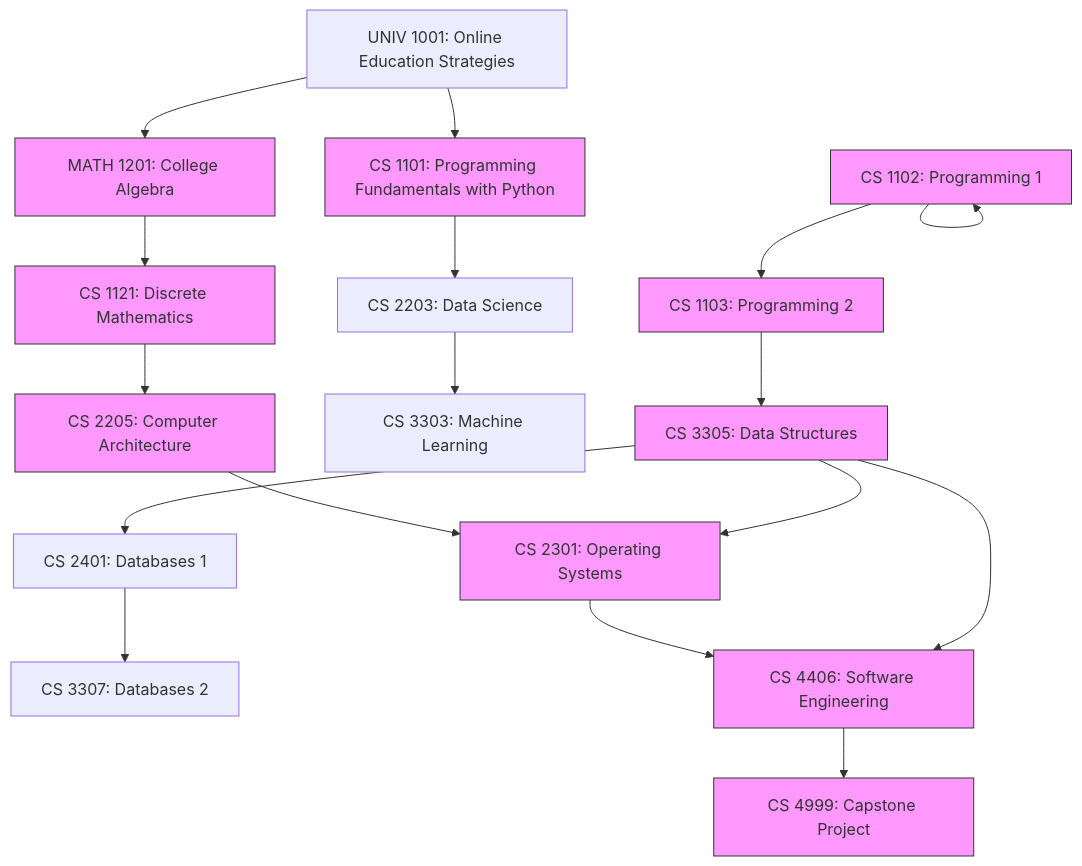
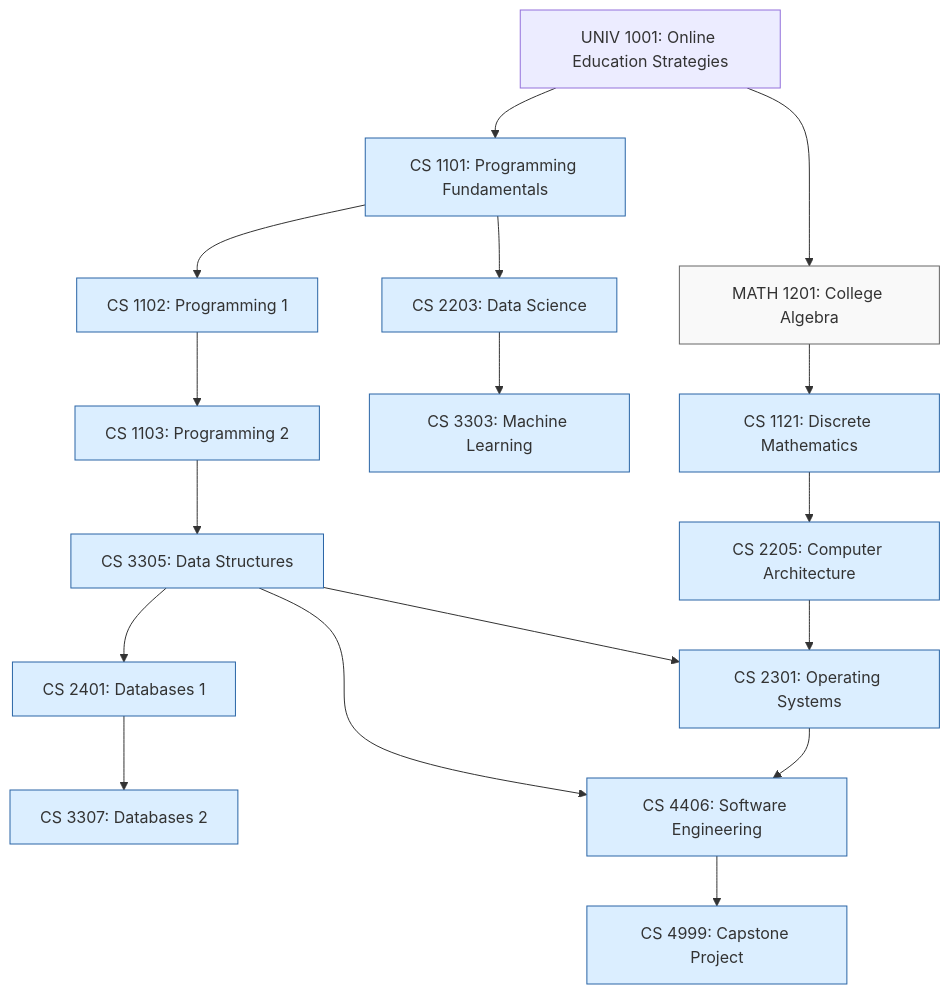
Before and after one commit to UoPeople-Computing-Network/awesome-uopeople-cs: the diagram in README.md, drawn with Mermaid.

````diff
--- a/README.md
+++ b/README.md
@@ -5,28 +5,43 @@
 ```mermaid
 graph TD
-    A[UNIV 1001: Online Education Strategies] --> B[CS 1101: Programming Fundamentals with Python]
-    C --> C[CS 1102: Programming 1]
-    C --> D[CS 1103: Programming 2]
-    D --> E[CS 3305: Data Structures]
+    %% === Course Nodes ===
+    A[UNIV 1001: Online Education Strategies]
+    B[CS 1101: Programming Fundamentals]
+    C[CS 1102: Programming 1]
+    D[CS 1103: Programming 2]
+    E[CS 3305: Data Structures]
+    F[CS 2203: Data Science]
+    G[CS 3303: Machine Learning]
+    H[MATH 1201: College Algebra]
+    I[CS 1121: Discrete Mathematics]
+    J[CS 2205: Computer Architecture]
+    K[CS 2401: Databases 1]
+    L[CS 3307: Databases 2]
+    M[CS 2301: Operating Systems]
+    N[CS 4406: Software Engineering]
+    O[CS 4999: Capstone Project]
 
-    B --> F[CS 2203: Data Science]
-    F --> G[CS 3303: Machine Learning]
+    %% === Relationships ===
+    A --> B
+    B --> C
+    C --> D
+    D --> E
+    B --> F
+    F --> G
+    A --> H
+    H --> I
+    I --> J
+    E --> K
+    K --> L
+    J --> M
+    E --> M
+    M --> N
+    E --> N
+    N --> O
 
-    A --> H[MATH 1201: College Algebra]
-    H --> I[CS 1121: Discrete Mathematics]
-    I --> J[CS 2205: Computer Architecture]
-
-    E --> K[CS 2401: Databases 1]
-    K --> L[CS 3307: Databases 2]
-
-    J --> M[CS 2301: Operating Systems]
-    E --> M
-
-    M --> N[CS 4406: Software Engineering]
-    E --> N
-
-    N --> O[CS 4999: Capstone Project]
-
-    classDef core fill:#f9f,stroke:#333,stroke-width:1px;
-    class B,C,D,E,H,I,J,M,N,O core
+    %% === Styling ===
+    classDef cs fill:#dbeeff,stroke:#2a65a6,stroke-width:1px;
+    classDef math fill:#f9f9f9,stroke:#666,stroke-width:1px;
+    class B,C,D,E,F,G,I,J,K,L,M,N,O cs;
+    class H math;
 ```
````
